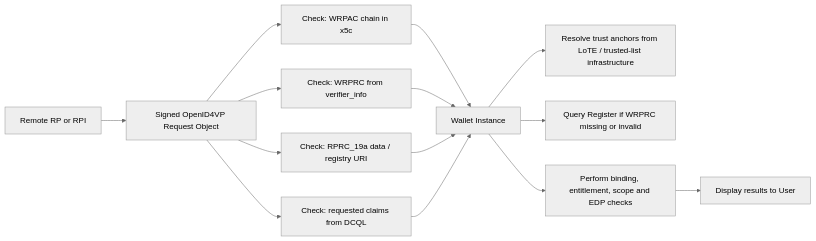
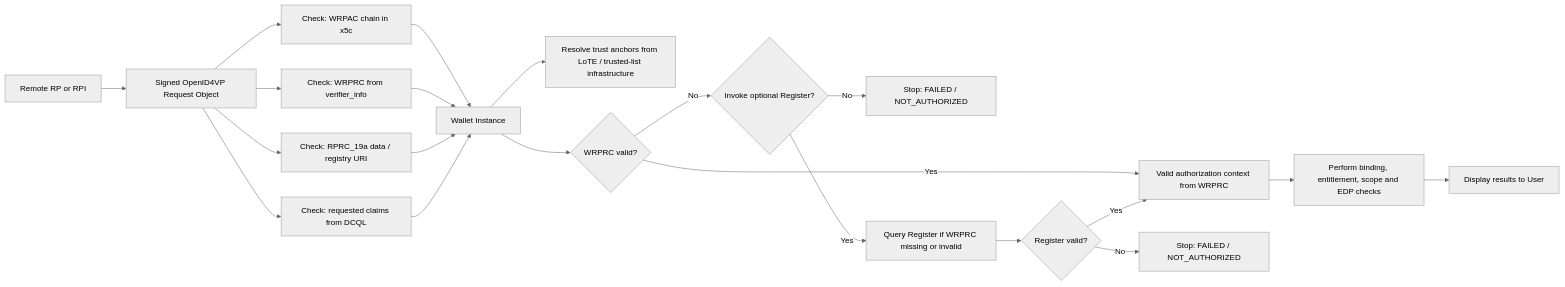
The second of 4 diagrams in docs/topics/trust-checks-presentation.md (APTITUDE-Consortium/wp2-trust-specifications), drawn with Mermaid (neutral theme) before and after one commit. The commit also changed other lines of this file and 1 other file, not shown here.

````diff
--- a/docs/topics/trust-checks-presentation.md
+++ b/docs/topics/trust-checks-presentation.md
@@ -135,16 +143,23 @@
 ```mermaid
 flowchart LR
 RP[Remote RP or RPI] --> Req[Signed OpenID4VP Request Object]
 Req --> WRPAC[Check: WRPAC chain in x5c]
 Req --> WRPRC[Check: WRPRC from verifier_info]
 Req --> RPRC19a[Check: RPRC_19a data / registry URI]
 Req --> DCQL[Check: requested claims from DCQL]
 WRPAC --> WI[Wallet Instance]
 WRPRC --> WI
 RPRC19a --> WI
 DCQL --> WI
 WI --> TA[Resolve trust anchors from LoTE / trusted-list infrastructure]
-WI --> Reg[Query Register if WRPRC missing or invalid]
-WI --> Eval[Perform binding, entitlement, scope and EDP checks]
+WI --> ContextD{WRPRC valid?}
+ContextD -->|Yes| Context[Valid authorization context from WRPRC]
+ContextD -->|No| RegChoice{Invoke optional Register?}
+RegChoice -->|No| StopContext[Stop: FAILED / NOT_AUTHORIZED]
+RegChoice -->|Yes| Reg[Query Register if WRPRC missing or invalid]
+Reg --> RegD{Register valid?}
+RegD -->|No| StopRegister[Stop: FAILED / NOT_AUTHORIZED]
+RegD -->|Yes| Context
+Context --> Eval[Perform binding, entitlement, scope and EDP checks]
 Eval --> User[Display results to User]
 ```
````
